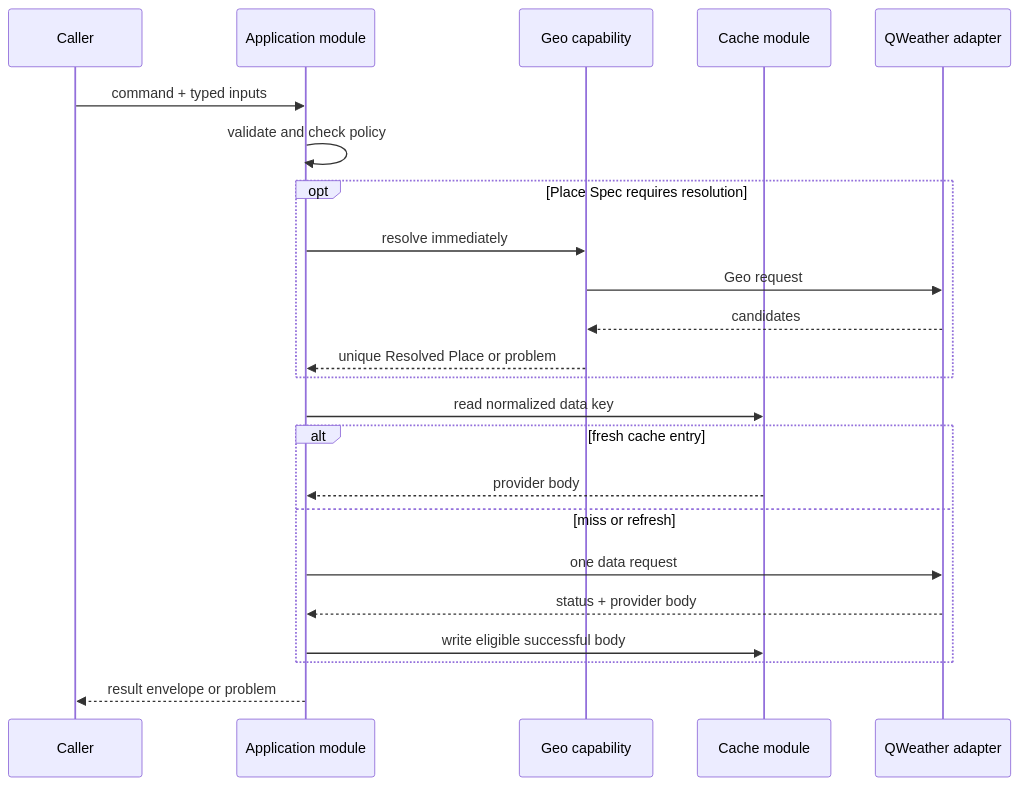
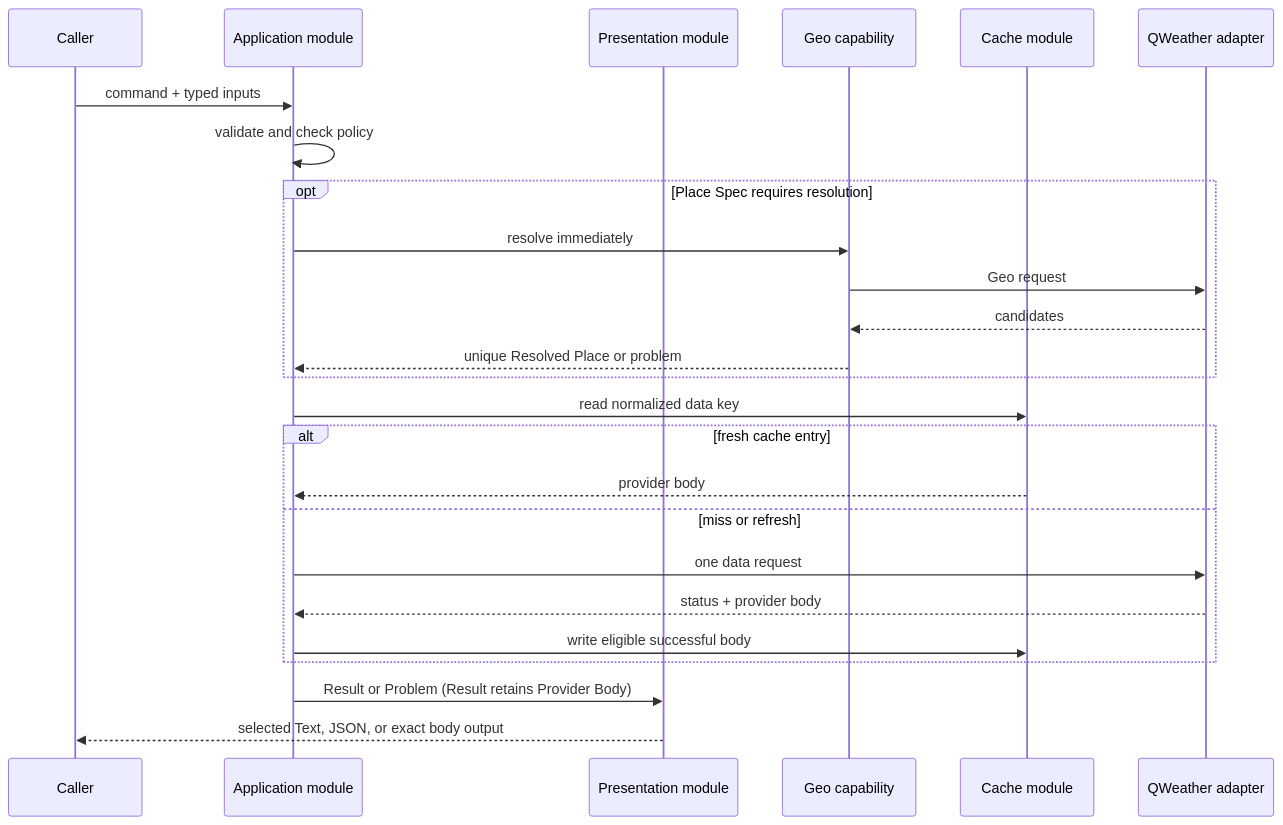
Before and after one commit to Nativu5/qweather-cli: the second of 2 diagrams in docs/design/architecture.md, drawn with Mermaid. The commit also changed other lines of this file and 99 other files, not shown here.

Commit message:
feat: make text the default output with capability templates (#33)

````diff
--- a/docs/design/architecture.md
+++ b/docs/design/architecture.md
@@ -121,26 +134,28 @@
 ```mermaid
 sequenceDiagram
     participant C as Caller
     participant A as Application module
+    participant P as Presentation module
     participant G as Geo capability
     participant K as Cache module
     participant Q as QWeather adapter
 
     C->>A: command + typed inputs
     A->>A: validate and check policy
     opt Place Spec requires resolution
         A->>G: resolve immediately
         G->>Q: Geo request
         Q-->>G: candidates
         G-->>A: unique Resolved Place or problem
     end
     A->>K: read normalized data key
     alt fresh cache entry
         K-->>A: provider body
     else miss or refresh
         A->>Q: one data request
         Q-->>A: status + provider body
         A->>K: write eligible successful body
     end
-    A-->>C: result envelope or problem
+    A->>P: Result or Problem (Result retains Provider Body)
+    P-->>C: selected Text, JSON, or exact body output
 ```
````
